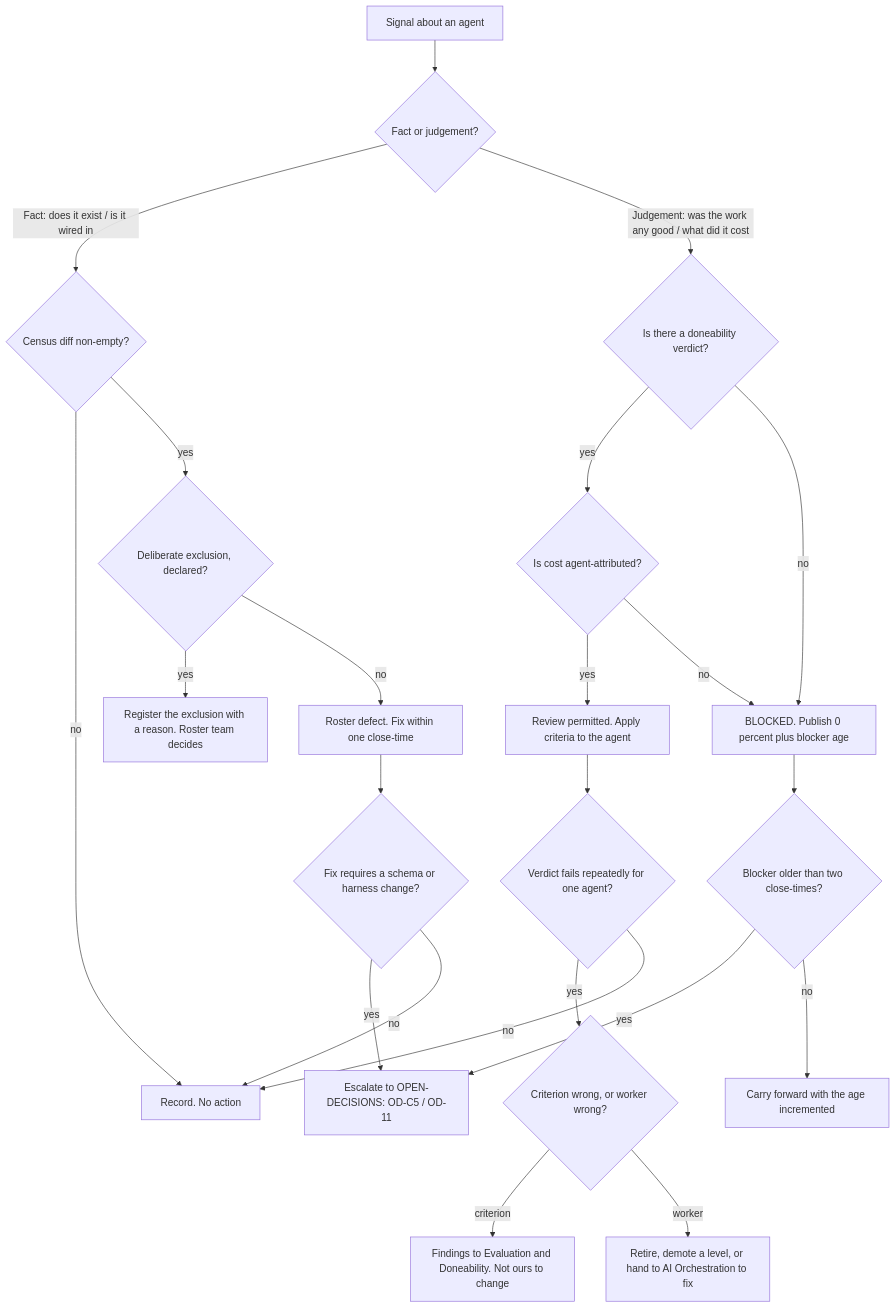
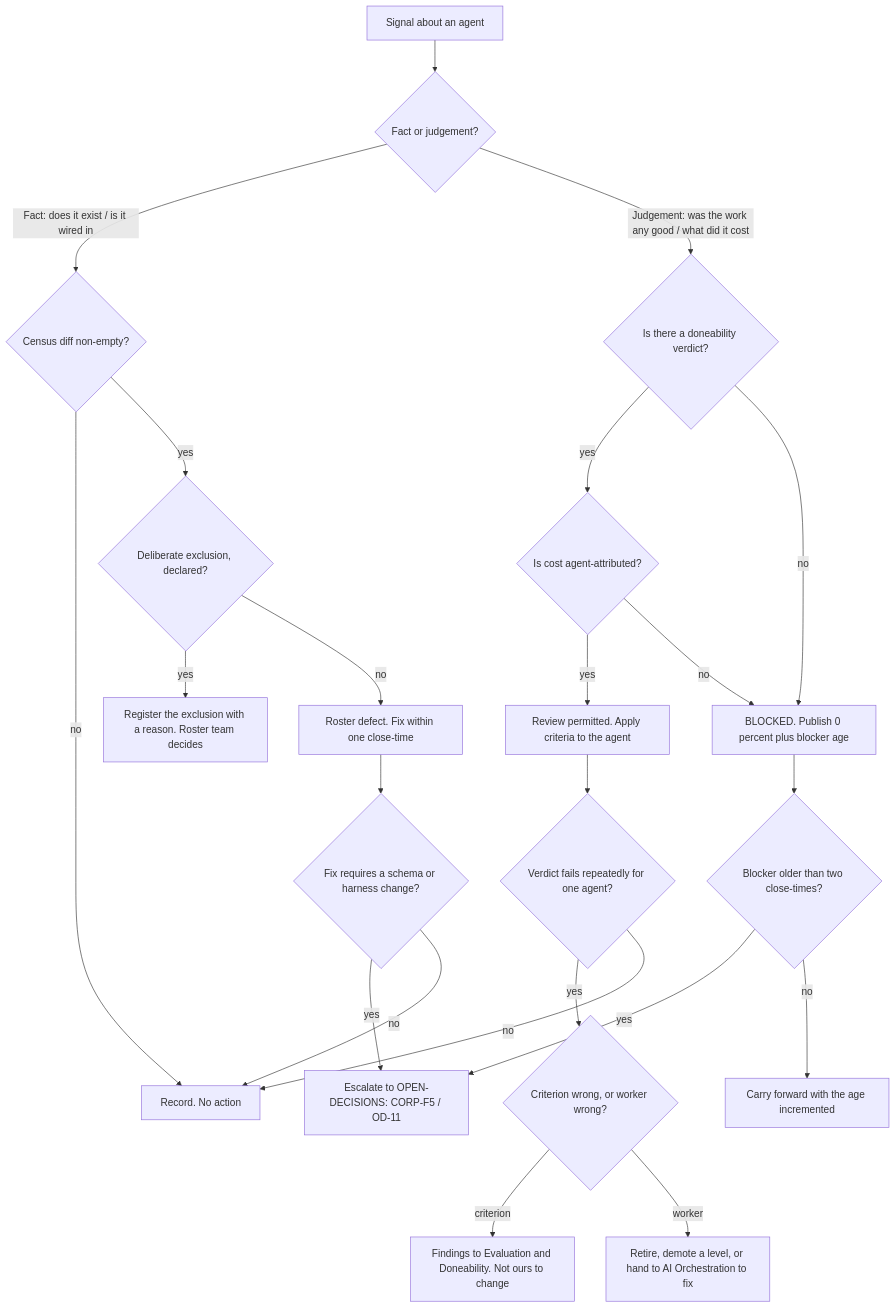
One commit to aldemirkonuk/RestaurantAIAutomation changed the diagram in .planning/01-org/corporate/people-agent-ops/people-agent-ops-directive.md. Above: the diagram before and after it, drawn with Mermaid. The commit also changed other lines of this file and 349 other files, not shown here.

````diff
--- a/.planning/01-org/corporate/people-agent-ops/people-agent-ops-directive.md
+++ b/.planning/01-org/corporate/people-agent-ops/people-agent-ops-directive.md
@@ -22,32 +22,32 @@
 ```mermaid
 graph TD
   A[Signal about an agent] --> B{Fact or judgement?}
 
   B -->|Fact: does it exist / is it wired in| C{Census diff non-empty?}
   B -->|Judgement: was the work any good / what did it cost| D{Is there a doneability verdict?}
 
   C -->|no| E[Record. No action]
   C -->|yes| F{Deliberate exclusion, declared?}
   F -->|yes| G[Register the exclusion with a reason. Roster team decides]
   F -->|no| H[Roster defect. Fix within one close-time]
 
   D -->|yes| I{Is cost agent-attributed?}
   D -->|no| J[BLOCKED. Publish 0 percent plus blocker age]
 
   I -->|yes| K[Review permitted. Apply criteria to the agent]
   I -->|no| J
 
   J --> L{Blocker older than two close-times?}
-  L -->|yes| M[Escalate to OPEN-DECISIONS: OD-C5 / OD-11]
+  L -->|yes| M[Escalate to OPEN-DECISIONS: CORP-F5 / OD-11]
   L -->|no| N[Carry forward with the age incremented]
 
   K --> O{Verdict fails repeatedly for one agent?}
   O -->|yes| P{Criterion wrong, or worker wrong?}
   P -->|criterion| Q[Findings to Evaluation and Doneability. Not ours to change]
   P -->|worker| R[Retire, demote a level, or hand to AI Orchestration to fix]
   O -->|no| E
 
   H --> S{Fix requires a schema or harness change?}
   S -->|yes| M
   S -->|no| E
 ```
````
